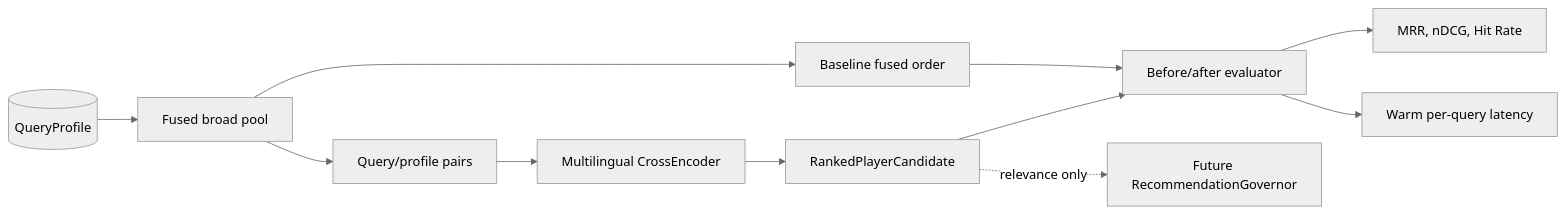
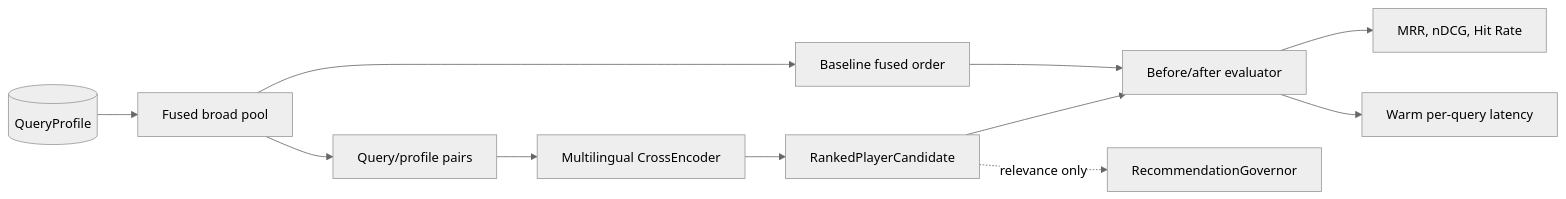
The sixth of 7 diagrams in docs/architecture.md (simonmang/ScoutRAG), drawn with Mermaid (neutral theme) before and after one commit. The commit also changed other lines of this file and 22 other files, not shown here.

````diff
--- a/docs/architecture.md
+++ b/docs/architecture.md
@@ -223,13 +223,13 @@
 ```mermaid
 flowchart LR
     QP[(QueryProfile)] --> F[Fused broad pool]
     F --> B[Baseline fused order]
     F --> P[Query/profile pairs]
     P --> CE[Multilingual CrossEncoder]
     CE --> R[RankedPlayerCandidate]
     B --> E[Before/after evaluator]
     R --> E
     E --> M[MRR, nDCG, Hit Rate]
     E --> L[Warm per-query latency]
-    R -. relevance only .-> G[Future RecommendationGovernor]
+    R -. relevance only .-> G[RecommendationGovernor]
 ```
````
